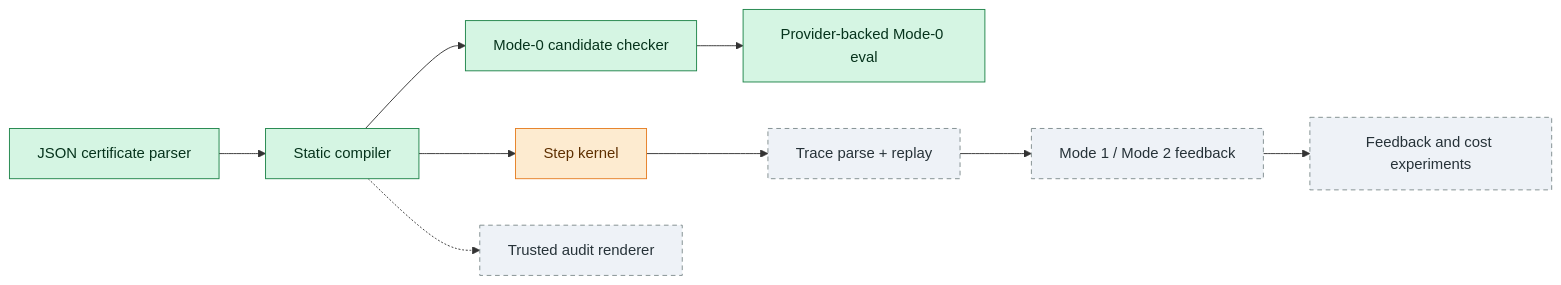
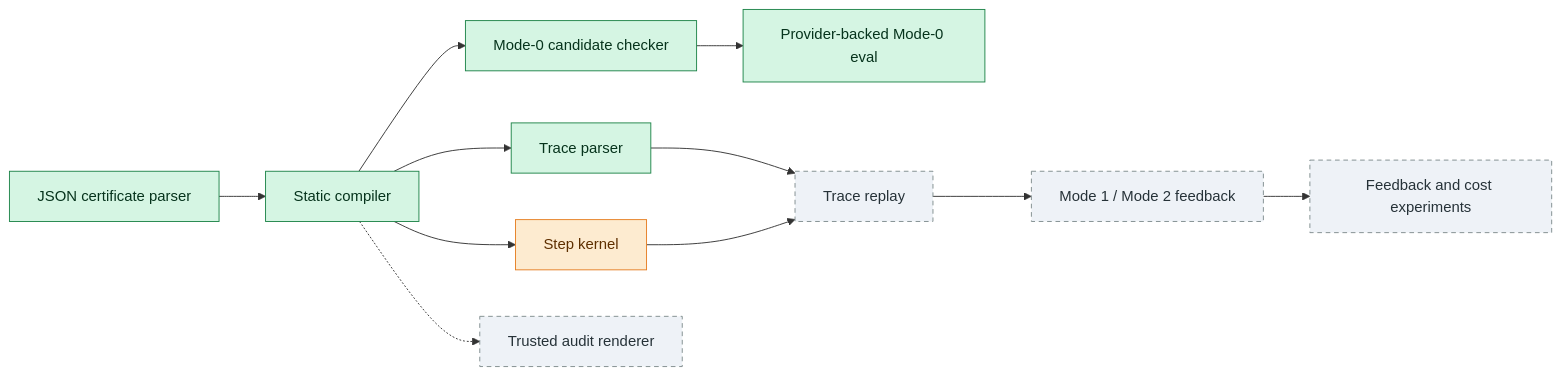
One commit to shikivaahan/sparse-ir-lean changed the third of 3 diagrams in docs/architecture.md. Above: the diagram before and after it, drawn with Mermaid. The commit also changed other lines of this file and 4 other files, not shown here.

````diff
--- a/docs/architecture.md
+++ b/docs/architecture.md
@@ -159,15 +159,17 @@
 ```mermaid
 flowchart LR
     classDef built fill:#d5f5e3,stroke:#1e8449,color:#06331c
     classDef partial fill:#fdebd0,stroke:#e67e22,color:#5e2f00
     classDef future fill:#eef2f7,stroke:#7f8c8d,stroke-dasharray:5 4,color:#263238
 
     CERT[JSON certificate parser]:::built --> COMP[Static compiler]:::built
     COMP --> CAND[Mode-0 candidate checker]:::built
     CAND --> EVAL[Provider-backed Mode-0 eval]:::built
     COMP --> STEP[Step kernel]:::partial
-    STEP --> TRACE[Trace parse + replay]:::future
+    COMP --> PARSE[Trace parser]:::built
+    PARSE --> TRACE[Trace replay]:::future
+    STEP --> TRACE
     TRACE --> FEED[Mode 1 / Mode 2 feedback]:::future
     COMP -.-> PRETTY[Trusted audit renderer]:::future
     FEED --> COST[Feedback and cost experiments]:::future
 ```
````
